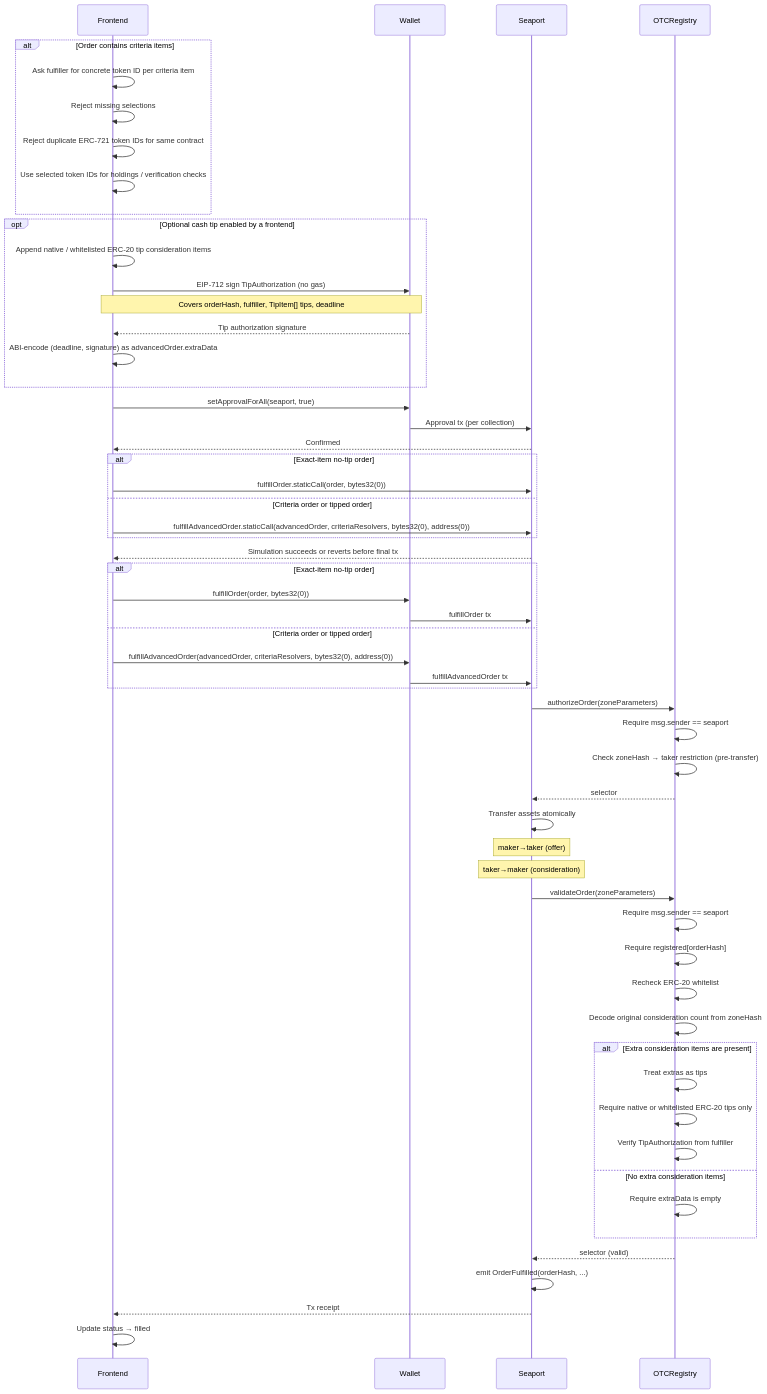
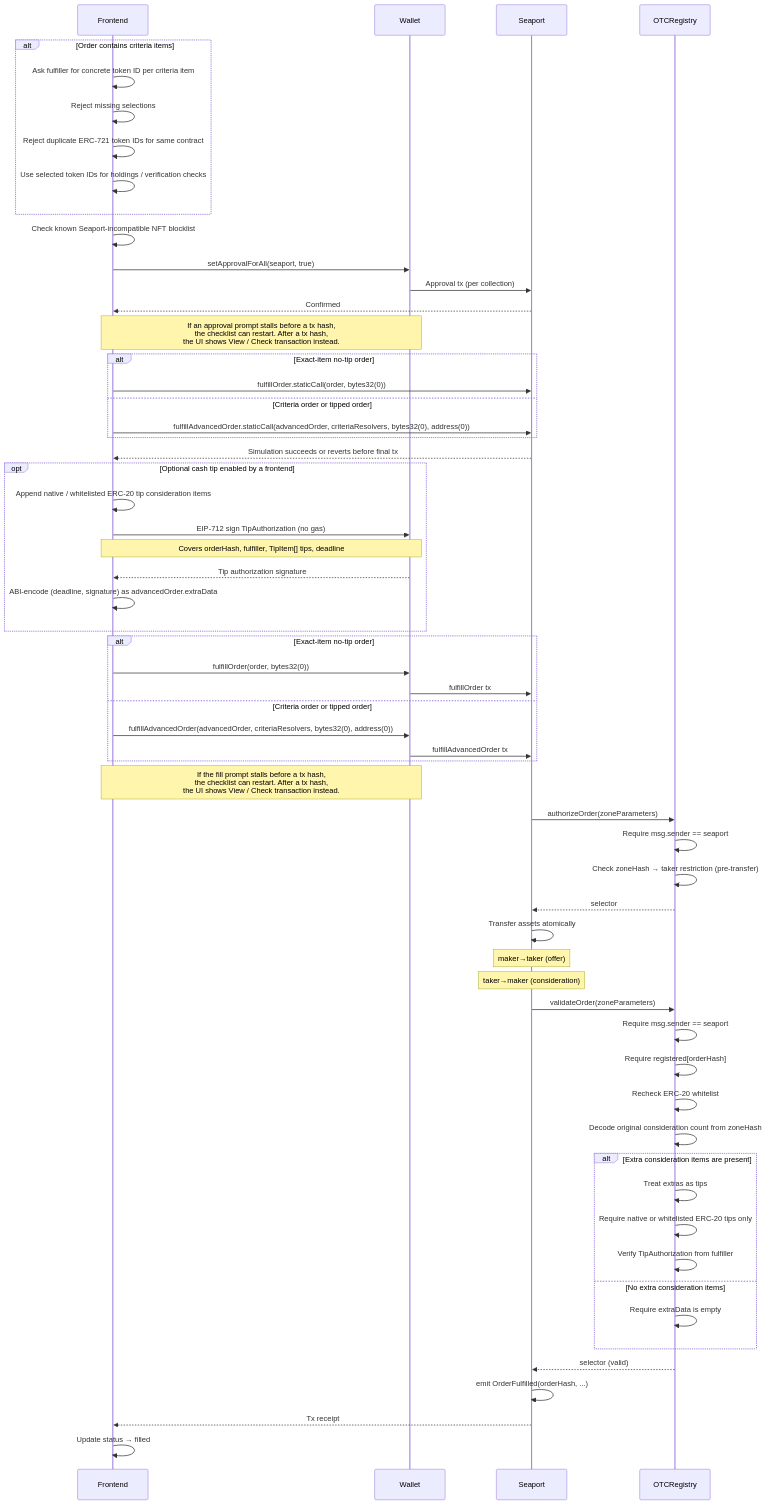
The third of 5 diagrams in docs/flows.md (shukudaidayo/ocarina-trade), drawn with Mermaid before and after one commit. The commit also changed other lines of this file and 7 other files, not shown here.

````diff
--- a/docs/flows.md
+++ b/docs/flows.md
@@ -92,69 +97,73 @@
 ```mermaid
 sequenceDiagram
     participant F as Frontend
     participant W as Wallet
     participant S as Seaport
     participant Z as OTCRegistry
 
     alt Order contains criteria items
         F->>F: Ask fulfiller for concrete token ID per criteria item
         F->>F: Reject missing selections
         F->>F: Reject duplicate ERC-721 token IDs for same contract
         F->>F: Use selected token IDs for holdings / verification checks
     end
 
+    F->>F: Check known Seaport-incompatible NFT blocklist
+
+    F->>W: setApprovalForAll(seaport, true)
+    W->>S: Approval tx (per collection)
+    S-->>F: Confirmed
+    Note over F,W: If an approval prompt stalls before a tx hash,<br/>the checklist can restart. After a tx hash,<br/>the UI shows View / Check transaction instead.
+
+    alt Exact-item no-tip order
+        F->>S: fulfillOrder.staticCall(order, bytes32(0))
+    else Criteria order or tipped order
+        F->>S: fulfillAdvancedOrder.staticCall(advancedOrder, criteriaResolvers, bytes32(0), address(0))
+    end
+    S-->>F: Simulation succeeds or reverts before final tx
+
     opt Optional cash tip enabled by a frontend
         F->>F: Append native / whitelisted ERC-20 tip consideration items
         F->>W: EIP-712 sign TipAuthorization (no gas)
         Note over F,W: Covers orderHash, fulfiller, TipItem[] tips, deadline
         W-->>F: Tip authorization signature
         F->>F: ABI-encode (deadline, signature) as advancedOrder.extraData
     end
 
-    F->>W: setApprovalForAll(seaport, true)
-    W->>S: Approval tx (per collection)
-    S-->>F: Confirmed
-
-    alt Exact-item no-tip order
-        F->>S: fulfillOrder.staticCall(order, bytes32(0))
-    else Criteria order or tipped order
-        F->>S: fulfillAdvancedOrder.staticCall(advancedOrder, criteriaResolvers, bytes32(0), address(0))
-    end
-    S-->>F: Simulation succeeds or reverts before final tx
-
     alt Exact-item no-tip order
         F->>W: fulfillOrder(order, bytes32(0))
         W->>S: fulfillOrder tx
     else Criteria order or tipped order
         F->>W: fulfillAdvancedOrder(advancedOrder, criteriaResolvers, bytes32(0), address(0))
         W->>S: fulfillAdvancedOrder tx
     end
+    Note over F,W: If the fill prompt stalls before a tx hash,<br/>the checklist can restart. After a tx hash,<br/>the UI shows View / Check transaction instead.
 
     S->>Z: authorizeOrder(zoneParameters)
     Z->>Z: Require msg.sender == seaport
     Z->>Z: Check zoneHash → taker restriction (pre-transfer)
     Z-->>S: selector
 
     S->>S: Transfer assets atomically
     Note over S: maker→taker (offer)
     Note over S: taker→maker (consideration)
 
     S->>Z: validateOrder(zoneParameters)
     Z->>Z: Require msg.sender == seaport
     Z->>Z: Require registered[orderHash]
     Z->>Z: Recheck ERC-20 whitelist
     Z->>Z: Decode original consideration count from zoneHash
     alt Extra consideration items are present
         Z->>Z: Treat extras as tips
         Z->>Z: Require native or whitelisted ERC-20 tips only
         Z->>Z: Verify TipAuthorization from fulfiller
     else No extra consideration items
         Z->>Z: Require extraData is empty
     end
     Z-->>S: selector (valid)
 
     S->>S: emit OrderFulfilled(orderHash, ...)
     S-->>F: Tx receipt
 
     F->>F: Update status → filled
 ```
````
